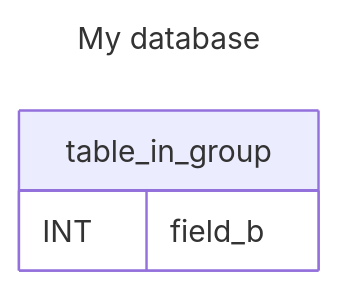
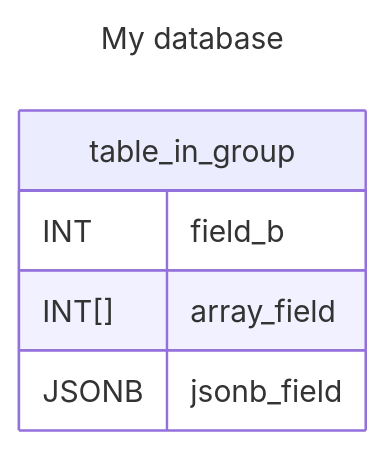
One commit to patrickfust/provenance-demos changed the second of 5 diagrams in demo-erdiagram/README.md. Above: the diagram before and after it, drawn with Mermaid. The commit also changed other lines of this file and 12 other files, not shown here.

````diff
--- a/demo-erdiagram/README.md
+++ b/demo-erdiagram/README.md
@@ -35,11 +37,13 @@
 ```mermaid
 ---
 title: My database
 ---
 erDiagram
     classDef externalRef stroke-dasharray: 1 1;
 table_in_group {
     INT field_b
+    INT[] array_field
+    JSONB jsonb_field
 }
 
 ```
````
